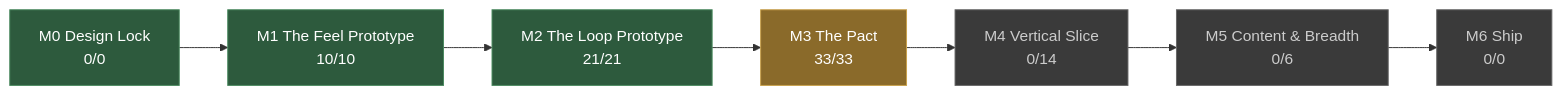
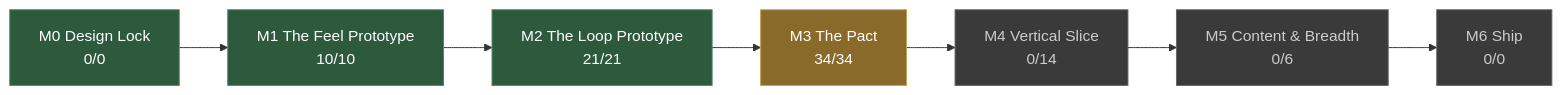
Before and after one commit to JoshuaGessner/she: the diagram in docs/STATUS.md, drawn with Mermaid. The commit also changed other lines of this file and 12 other files, not shown here.

````diff
--- a/docs/STATUS.md
+++ b/docs/STATUS.md
@@ -13,19 +13,19 @@
 ```mermaid
 flowchart LR
   M0["M0 Design Lock<br/>0/0"]:::passed
   M1["M1 The Feel Prototype<br/>10/10"]:::passed
   M0 --> M1
   M2["M2 The Loop Prototype<br/>21/21"]:::passed
   M1 --> M2
-  M3["M3 The Pact<br/>33/33"]:::current
+  M3["M3 The Pact<br/>34/34"]:::current
   M2 --> M3
   M4["M4 Vertical Slice<br/>0/14"]:::ahead
   M3 --> M4
   M5["M5 Content & Breadth<br/>0/6"]:::ahead
   M4 --> M5
   M6["M6 Ship<br/>0/0"]:::ahead
   M5 --> M6
   classDef passed fill:#2d5a3d,stroke:#4a8a5f,color:#fff
   classDef current fill:#8a6a2a,stroke:#c8a04a,color:#fff
   classDef ahead fill:#3a3a3a,stroke:#666,color:#ccc
 ```
````
